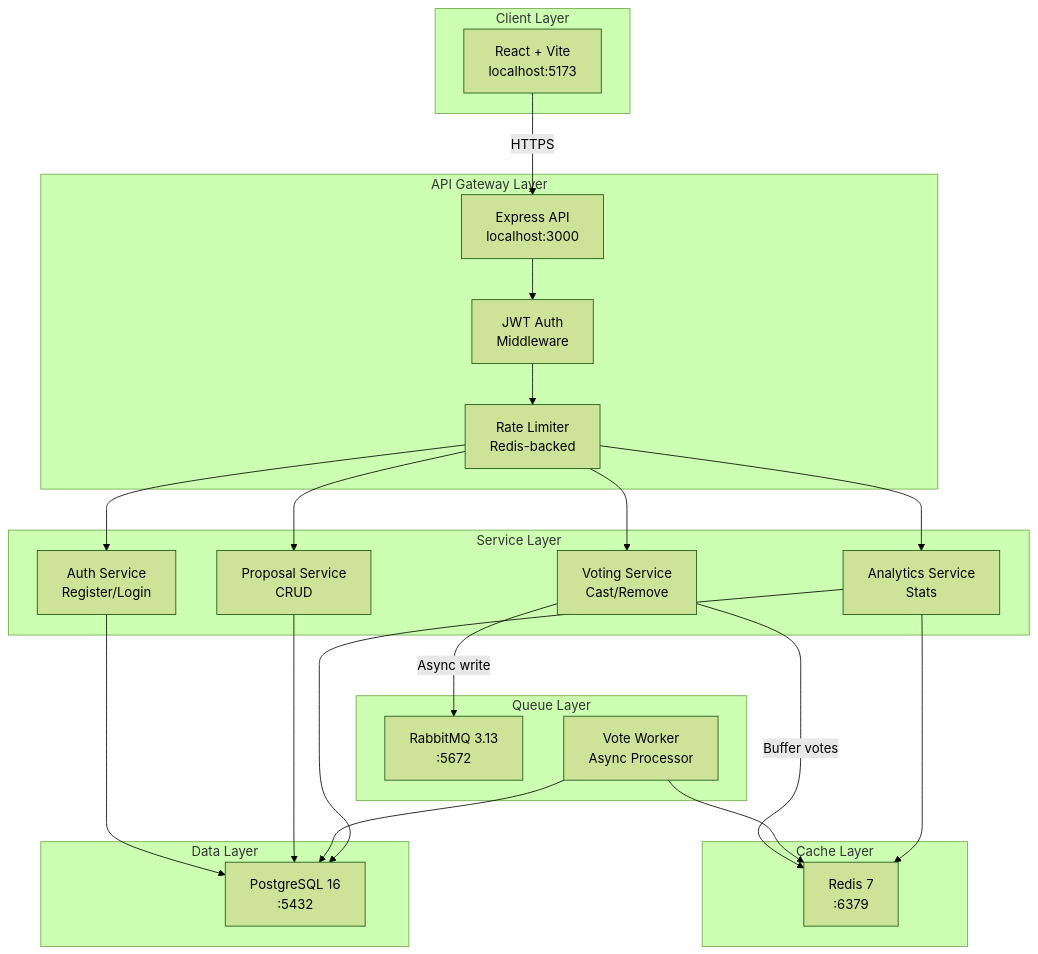
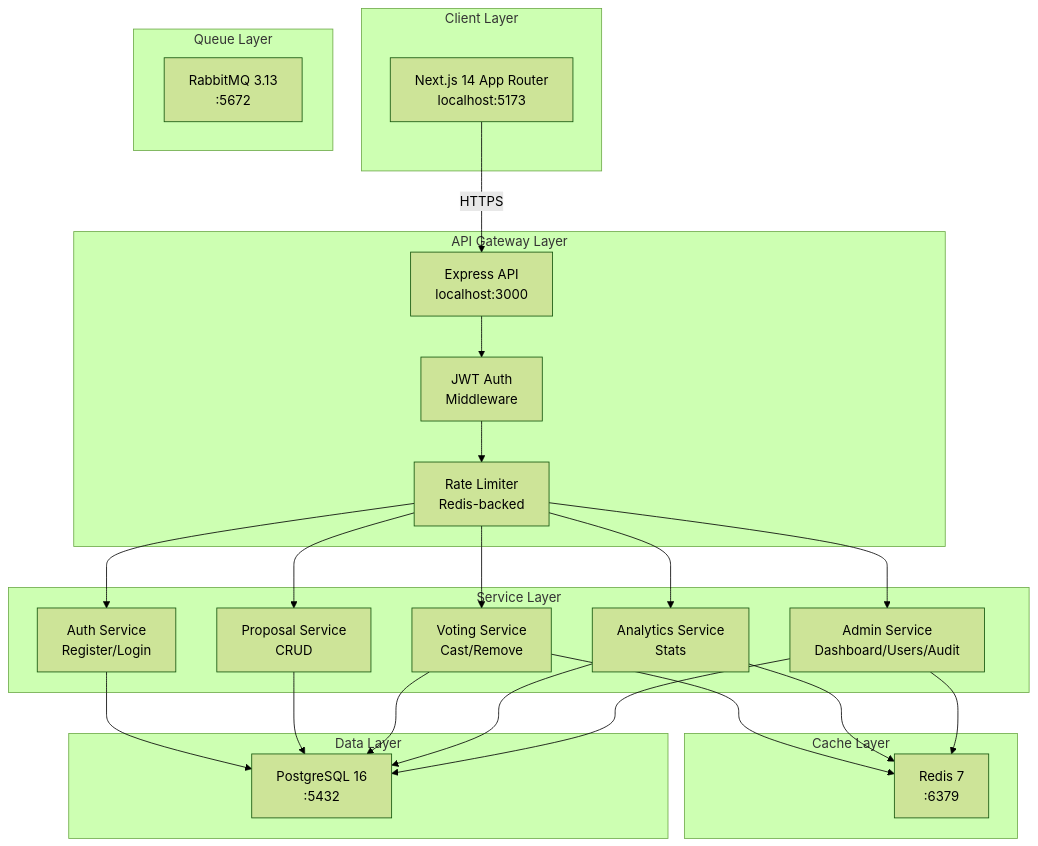
Before and after one commit to elducati/cityhub-civil-engagement: the diagram in ARCHITECTURE.md, drawn with Mermaid (forest theme). The commit also changed other lines of this file and 3 other files, not shown here.

Commit message:
docs: update project documentation including README, architecture, and project brief

````diff
--- a/ARCHITECTURE.md
+++ b/ARCHITECTURE.md
@@ -9,49 +9,50 @@
 ```mermaid
 graph TB
     subgraph "Client Layer"
-        WEB[React + Vite<br/>localhost:5173]
+        WEB[Next.js 14 App Router<br/>localhost:5173]
     end
 
     subgraph "API Gateway Layer"
         API[Express API<br/>localhost:3000]
         JWT[JWT Auth<br/>Middleware]
         RL[Rate Limiter<br/>Redis-backed]
     end
 
     subgraph "Service Layer"
         AUTH[Auth Service<br/>Register/Login]
         PROP[Proposal Service<br/>CRUD]
         VOTE[Voting Service<br/>Cast/Remove]
         ANAL[Analytics Service<br/>Stats]
+        ADM[Admin Service<br/>Dashboard/Users/Audit]
     end
 
     subgraph "Cache Layer"
         RC[Redis 7<br/>:6379]
     end
 
     subgraph "Queue Layer"
         QM[RabbitMQ 3.13<br/>:5672]
-        VW[Vote Worker<br/>Async Processor]
     end
 
     subgraph "Data Layer"
         PG[PostgreSQL 16<br/>:5432]
     end
 
     WEB -->|"HTTPS"| API
     API --> JWT
     JWT --> RL
     RL --> AUTH
     RL --> PROP
     RL --> VOTE
     RL --> ANAL
+    RL --> ADM
 
     AUTH --> PG
     PROP --> PG
-    VOTE -->|"Buffer votes"| RC
-    VOTE -->|"Async write"| QM
-    VW --> RC
-    VW --> PG
+    VOTE --> RC
+    VOTE --> PG
     ANAL --> RC
     ANAL --> PG
+    ADM --> PG
+    ADM --> RC
 ```
````
